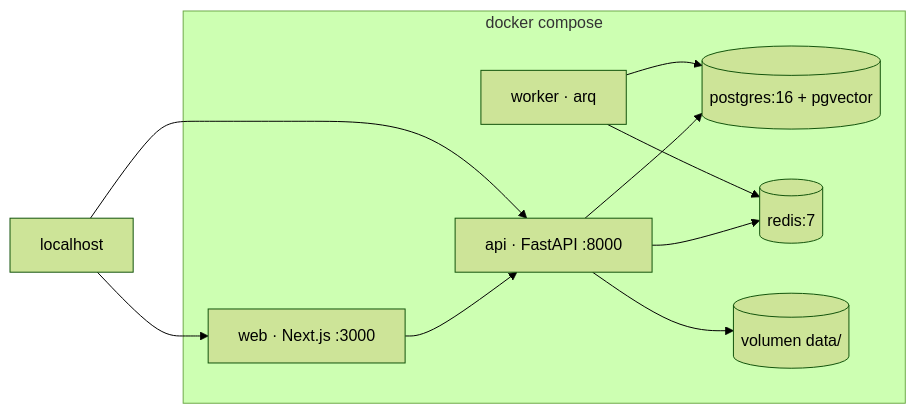
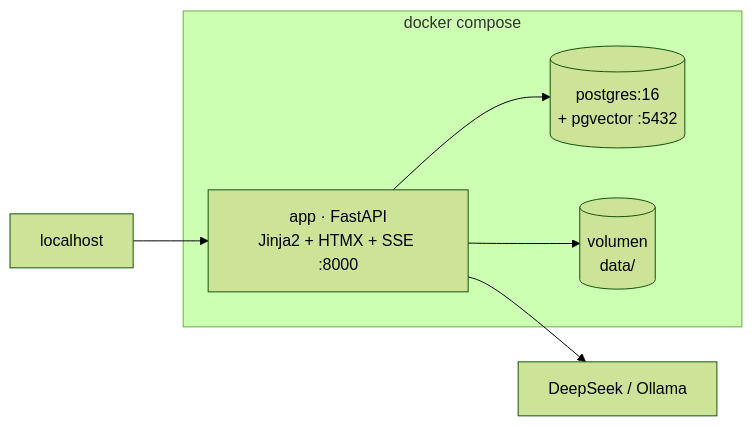
Before and after one commit to almeneses/carvajal: the diagram in docs/decisions/0001-stack-app-chat.md, drawn with Mermaid (forest theme). The commit also changed other lines of this file and 1 other file, not shown here.

````diff
--- a/docs/decisions/0001-stack-app-chat.md
+++ b/docs/decisions/0001-stack-app-chat.md
@@ -54,19 +51,12 @@
 ```mermaid
 flowchart LR
   subgraph DC["docker compose"]
-    WEB["web · Next.js :3000"]
-    API["api · FastAPI :8000"]
-    WK["worker · arq"]
-    PG[("postgres:16 + pgvector")]
-    RD[("redis:7")]
-    VOL[("volumen data/")]
+    APP["app · FastAPI<br/>Jinja2 + HTMX + SSE :8000"]
+    PG[("postgres:16<br/>+ pgvector :5432")]
+    VOL[("volumen<br/>data/")]
   end
-  DEV["localhost"] --> WEB
-  WEB --> API
-  DEV --> API
-  API --> PG
-  API --> RD
-  API --> VOL
-  WK --> PG
-  WK --> RD
+  DEV["localhost"] --> APP
+  APP --> PG
+  APP --> VOL
+  APP --> LLM["DeepSeek / Ollama"]
 ```
````
